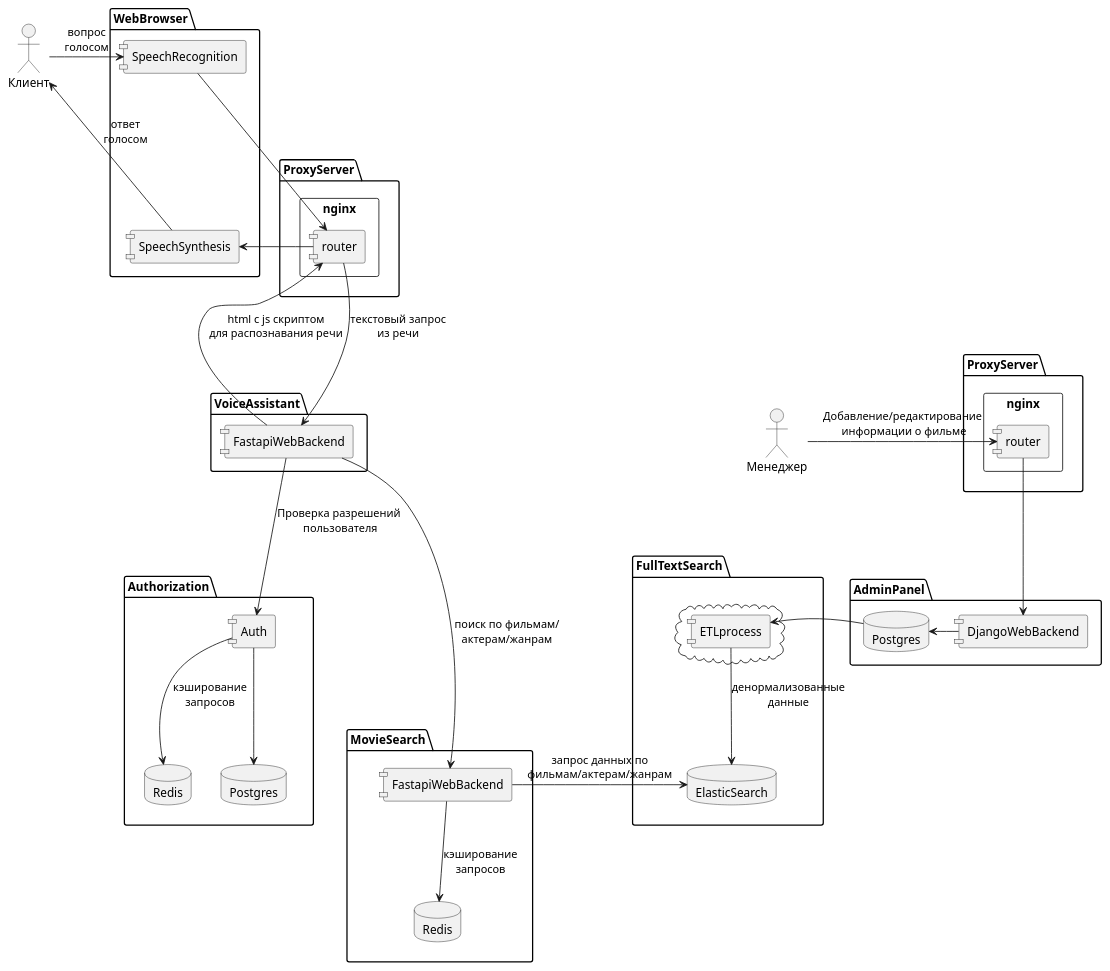
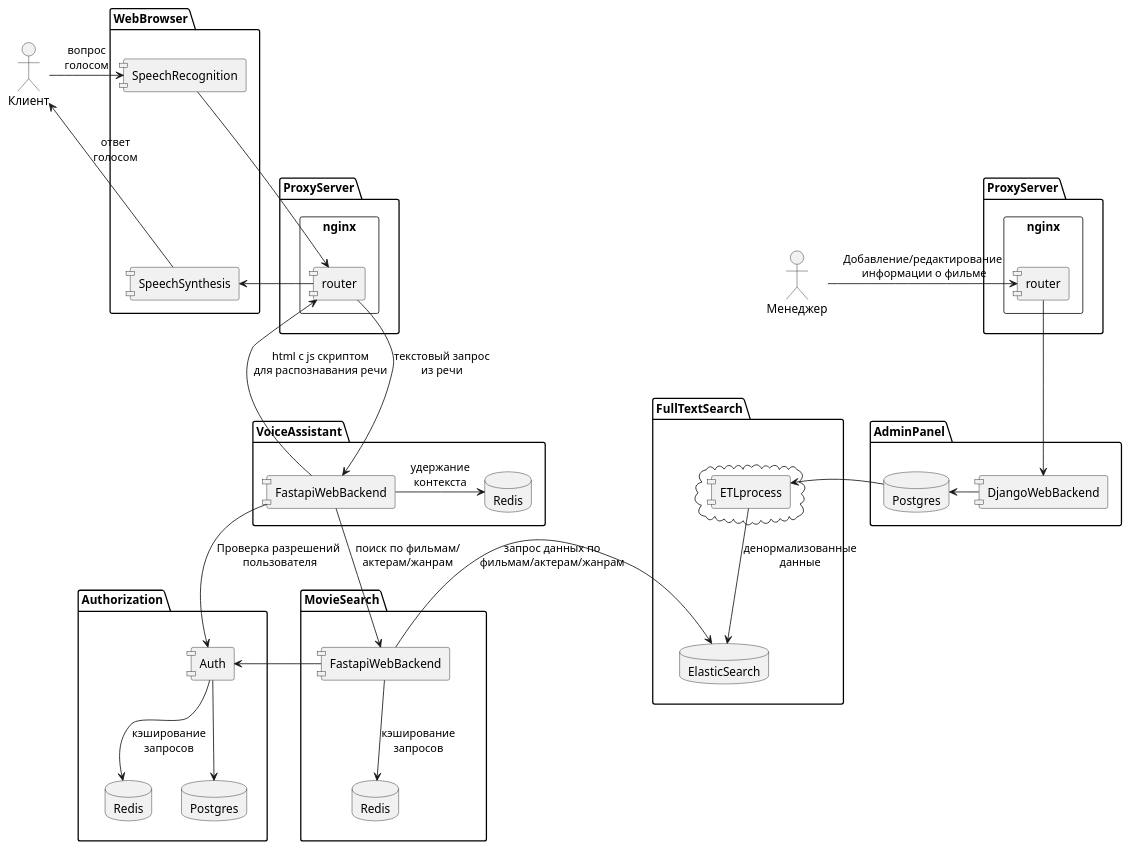
Before and after one commit to AlexanderNkn/graduate_work: the diagram in docs/architecture/architecture_voice_assistant.puml, drawn with PlantUML. The commit also changed 1 other file, not shown here.

```diff
--- a/docs/architecture/architecture_voice_assistant.puml
+++ b/docs/architecture/architecture_voice_assistant.puml
@@ -1,72 +1,75 @@
 "@startuml Voice Assistant architecture"
 skinparam componentStyle uml1
 
 actor Менеджер as Manager
 actor Клиент as Client
 
 package WebBrowser {
     component SpeechRecognition as speech1
     component SpeechSynthesis as speech2
 }
 
 package ProxyServer as proxy1 {
     rectangle nginx as nginx1 {
         component router as router1
     }
 }
 
 package ProxyServer as proxy2 {
     rectangle nginx as nginx2 {
         component router as router2
     }
 }
 
 package AdminPanel {
     component DjangoWebBackend as django
     database Postgres as postgres1
 }
 
 package FullTextSearch {
     cloud {
         component ETLprocess as etl
     }
     database ElasticSearch
 }
 
 package VoiceAssistant {
     component FastapiWebBackend as fastapi2
+    database Redis as redis3
 }
 
 package MovieSearch {
     component FastapiWebBackend as fastapi
     database Redis as redis1
 }
 
 package Authorization {
     component Auth
     database Redis as redis2
     database Postgres as postgres2
 }
 
 speech1 -[hidden]-> speech2
 Authorization -[hidden]-> MovieSearch
 FullTextSearch -[hidden]-> MovieSearch
 Manager -r-> router1: Добавление/редактирование\n информации о фильме
 Client -r-> speech1: вопрос\nголосом
 speech2 -l-> Client: ответ\nголосом
 speech1 -r-> router2
 speech2 <-l- router2
 fastapi2 -u-> router2: html с js скриптом\nдля распознавания речи
 router2 -d-> fastapi2: текстовый запрос\nиз речи
 fastapi2 -d-> fastapi: поиск по фильмам/\nактерам/жанрам
 router1 -d-> django
 django -l-> postgres1
 postgres1 -r-> etl
 etl --> ElasticSearch: денормализованные\nданные
 fastapi --> redis1: кэширование\nзапросов
 fastapi --> ElasticSearch: запрос данных по\nфильмам/актерам/жанрам
 Auth --> postgres2
 Auth --> redis2: кэширование\nзапросов
 fastapi2 --> Auth: Проверка разрешений\n пользователя
+fastapi --> Auth
+fastapi2 -r-> redis3: удержание\nконтекста
 
-@enduml 
+@enduml
```
